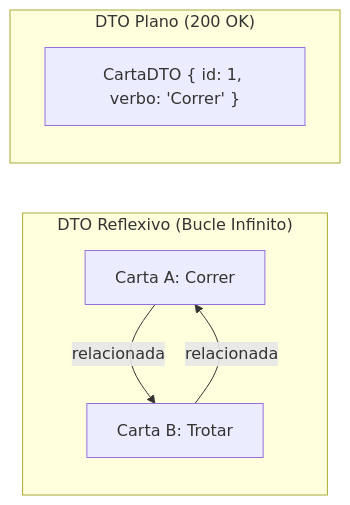
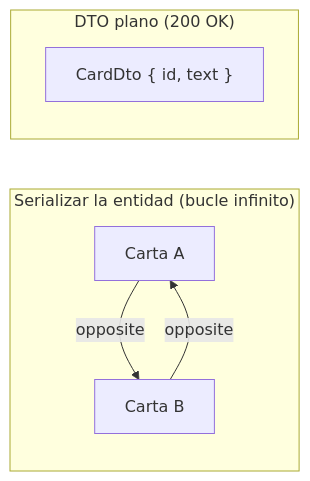
The second of 2 diagrams in README.md (BryanDZV/PhrasalVerb_Backend), drawn with Mermaid before and after one commit. The commit also changed other lines of this file, not shown here.

Commit message:
ocs: update README with game API, architecture and design decisions

````diff
--- a/README.md
+++ b/README.md
@@ -157,11 +183,11 @@
 ```mermaid
 flowchart LR
-    subgraph Reflexivo ["DTO Reflexivo (Bucle Infinito)"]
-        A1["Carta A: Correr"] -->|relacionada| B1["Carta B: Trotar"]
-        B1 -->|relacionada| A1
+    subgraph Reflexivo ["Serializar la entidad (bucle infinito)"]
+        A1["Carta A"] -->|opposite| B1["Carta B"]
+        B1 -->|opposite| A1
     end
 
-    subgraph Plano ["DTO Plano (200 OK)"]
-        A2["CartaDTO { id: 1, verbo: 'Correr' }"]
+    subgraph Plano ["DTO plano (200 OK)"]
+        A2["CardDto { id, text }"]
     end
 ```
````
